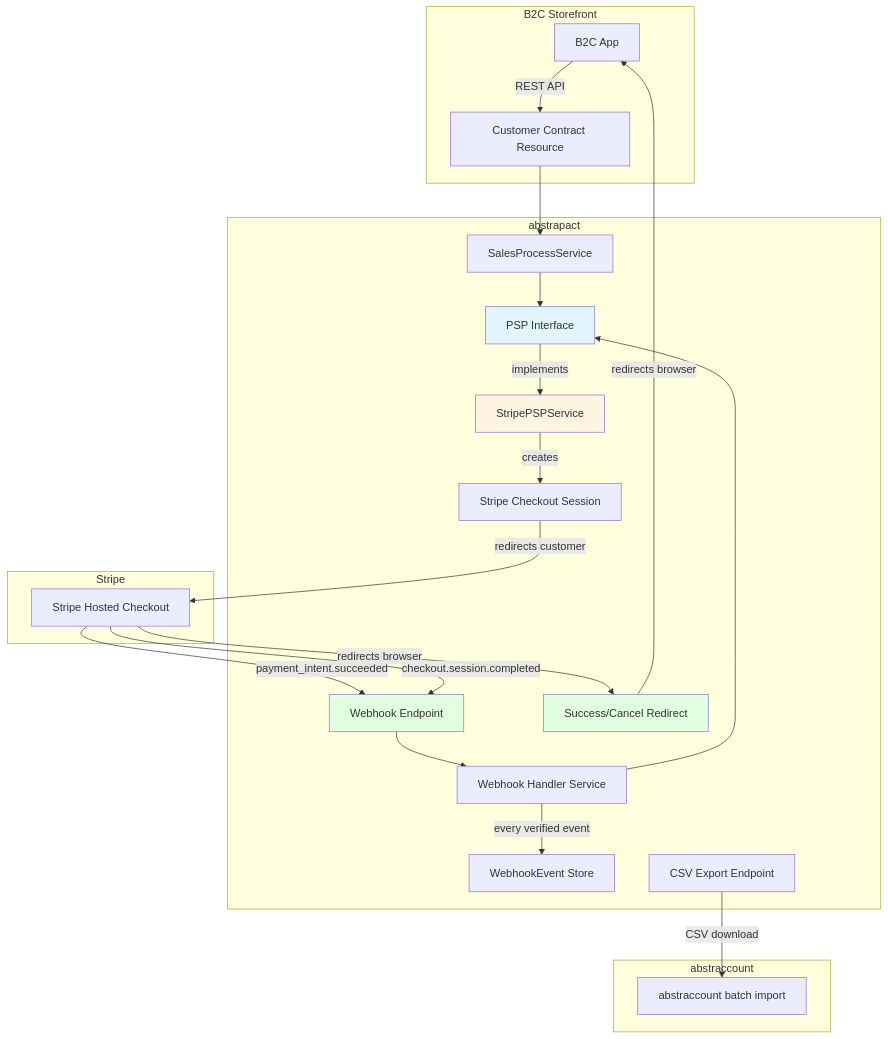
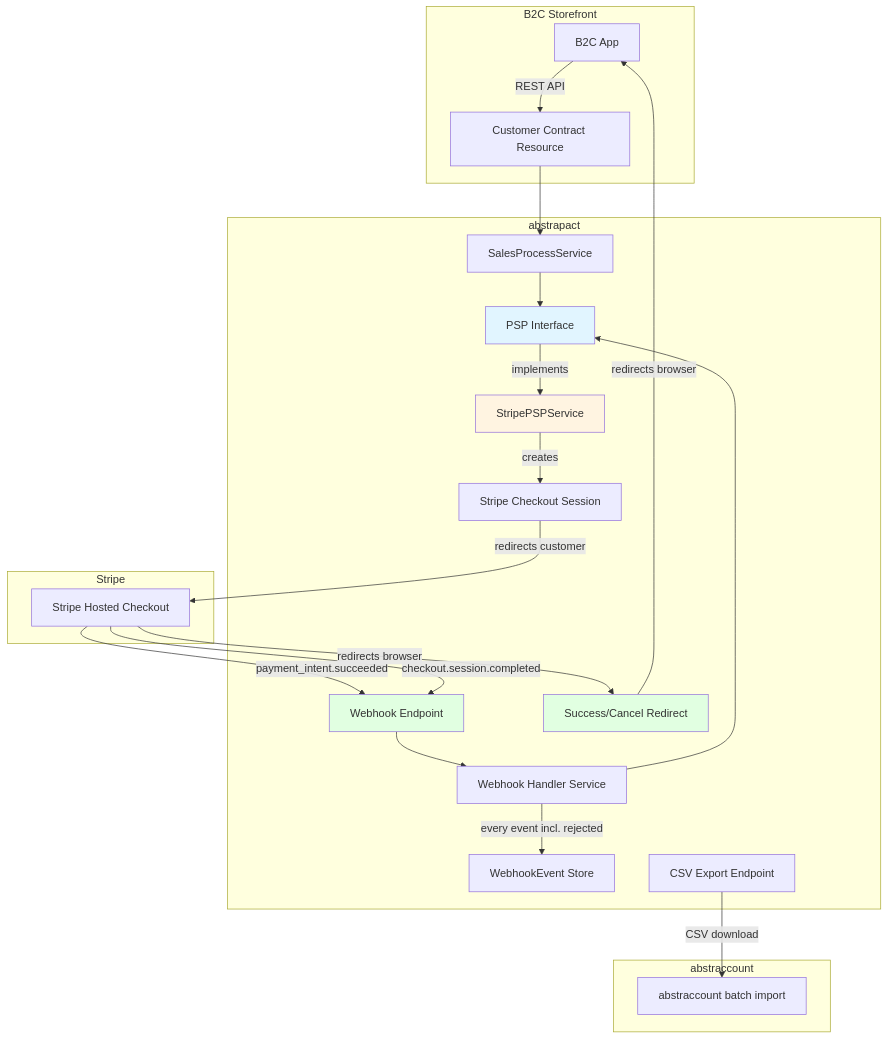
One commit to abstratium-dev/abstrapact changed the first of 6 diagrams in docs/DESIGN_OF_PAYMENT.md. Above: the diagram before and after it, drawn with Mermaid. The commit also changed other lines of this file and 26 other files, not shown here.

````diff
--- a/docs/DESIGN_OF_PAYMENT.md
+++ b/docs/DESIGN_OF_PAYMENT.md
@@ -84,34 +84,34 @@
 ```mermaid
 graph TD
     subgraph "B2C Storefront"
         B2C[B2C App] -->|REST API| CR
     end
 
     subgraph "abstrapact"
         CR[Customer Contract Resource] --> SP[SalesProcessService]
         SP --> PSI[PSP Interface]
         PSI -->|implements| STRIPE[StripePSPService]
         STRIPE -->|creates| SC[Stripe Checkout Session]
         WH[Webhook Endpoint] --> WHS[Webhook Handler Service]
         WHS --> PSI
-        WHS -->|every verified event| WE[WebhookEvent Store]
+        WHS -->|every event incl. rejected| WE[WebhookEvent Store]
         SR[Success/Cancel Redirect] -->|redirects browser| B2C
         EXP[CSV Export Endpoint]
     end
 
     subgraph "Stripe"
         SC -->|redirects customer| CH[Stripe Hosted Checkout]
         CH -->|payment_intent.succeeded| WH
         CH -->|checkout.session.completed| WH
         CH -->|redirects browser| SR
     end
 
     subgraph "abstraccount"
         EXP -->|CSV download| ACC[abstraccount batch import]
     end
 
     style PSI fill:#e1f5ff
     style STRIPE fill:#fff4e1
     style WH fill:#e1ffe1
     style SR fill:#e1ffe1
 ```
````
